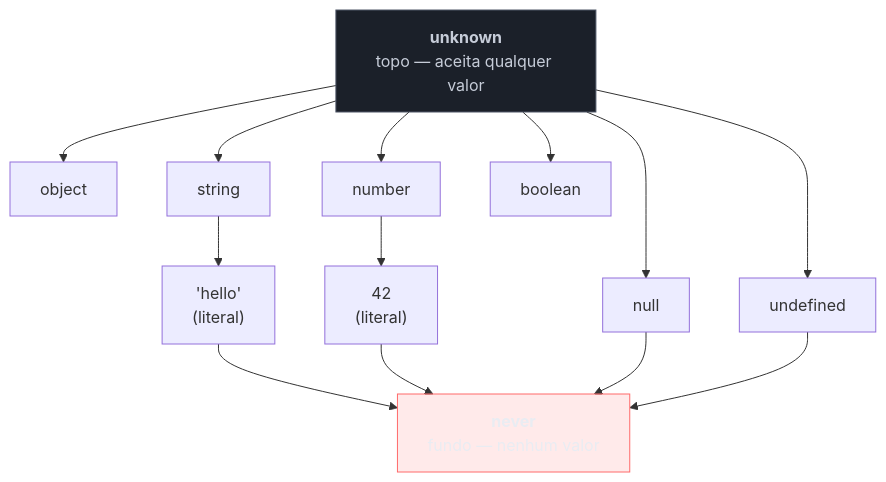
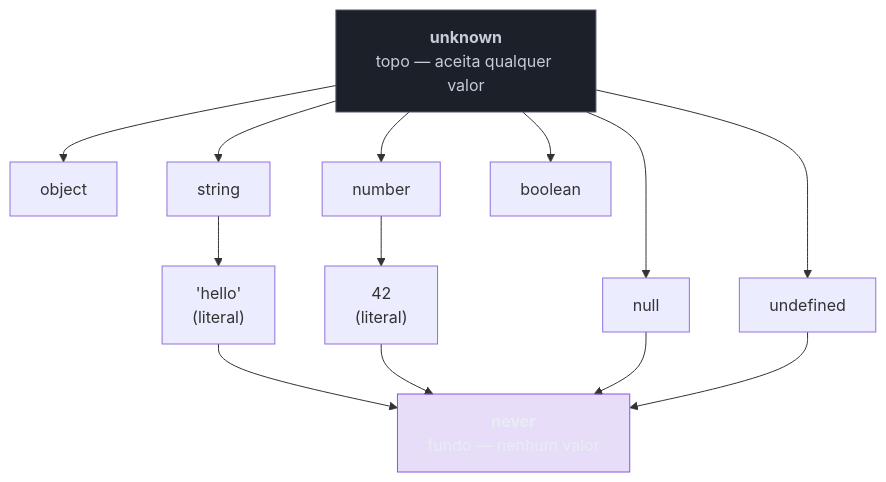
Before and after one commit to josenaldo/codex-technomanticus: the first of 4 diagrams in 03-Dominios/Tecnologia/TypeScript/04 - any, unknown e never.md, drawn with Mermaid. The commit also changed other lines of this file and 601 other files, not shown here.

````diff
--- a/03-Dominios/Tecnologia/TypeScript/04 - any, unknown e never.md
+++ b/03-Dominios/Tecnologia/TypeScript/04 - any, unknown e never.md
@@ -30,31 +30,31 @@
 ```mermaid
 graph TD
+    classDef marca fill:#8855DF33,stroke:#8855DF,color:#E9ECF2
     classDef neutro fill:#1B2029,stroke:#4E5666,color:#C6CCD8
-    classDef falha fill:#FF6B6B24,stroke:#FF6B6B,color:#E9ECF2
     UNK["<b>unknown</b><br/>topo — aceita qualquer valor"]
     OBJ["object"]
     STR["string"]
     NUM["number"]
     BOOL["boolean"]
     NULL["null"]
     UNDEF["undefined"]
     LIT1["'hello'<br/>(literal)"]
     LIT2["42<br/>(literal)"]
     NEV["<b>never</b><br/>fundo — nenhum valor"]
 
     UNK --> OBJ
     UNK --> STR
     UNK --> NUM
     UNK --> BOOL
     UNK --> NULL
     UNK --> UNDEF
     STR --> LIT1
     NUM --> LIT2
     LIT1 --> NEV
     LIT2 --> NEV
     NULL --> NEV
     UNDEF --> NEV
 
     class UNK neutro
-    class NEV falha
+    class NEV marca
 ```
````
